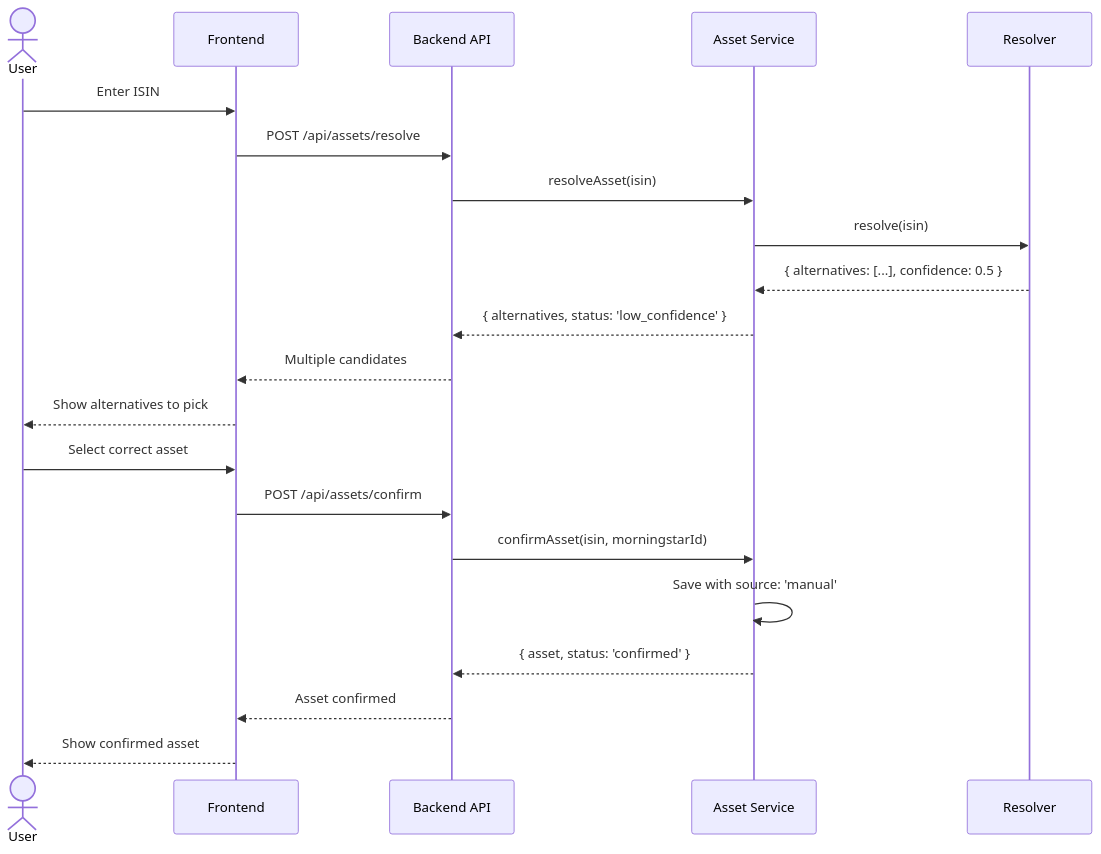
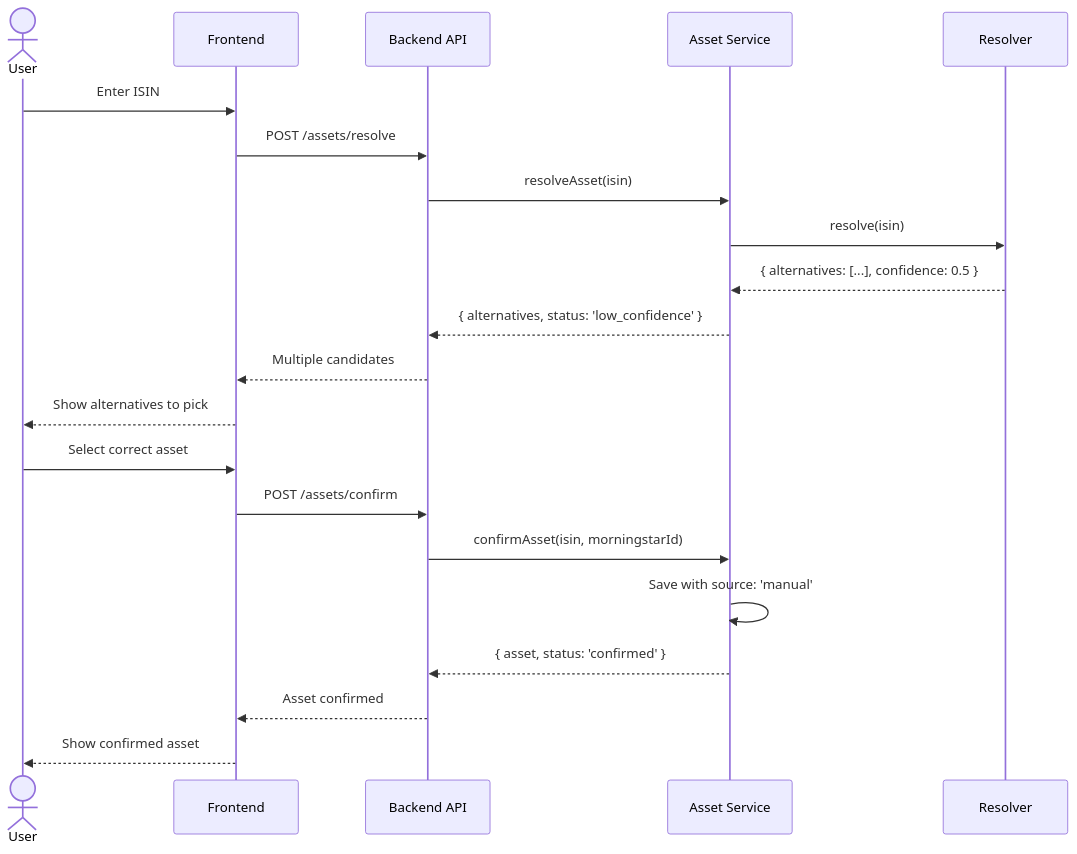
One commit to oscarjorgejorge/portafolio-xray changed the second of 5 diagrams in docs/SEQUENCE-DIAGRAMS.md. Above: the diagram before and after it, drawn with Mermaid. The commit also changed other lines of this file and 7 other files, not shown here.

````diff
--- a/docs/SEQUENCE-DIAGRAMS.md
+++ b/docs/SEQUENCE-DIAGRAMS.md
@@ -60,25 +60,25 @@
 ```mermaid
 sequenceDiagram
     actor User
     participant Frontend as Frontend
     participant API as Backend API
     participant AssetService as Asset Service
     participant Resolver as Resolver
 
     User->>Frontend: Enter ISIN
-    Frontend->>API: POST /api/assets/resolve
+    Frontend->>API: POST /assets/resolve
     API->>AssetService: resolveAsset(isin)
     AssetService->>Resolver: resolve(isin)
     Resolver-->>AssetService: { alternatives: [...], confidence: 0.5 }
     AssetService-->>API: { alternatives, status: 'low_confidence' }
     API-->>Frontend: Multiple candidates
     Frontend-->>User: Show alternatives to pick
 
     User->>Frontend: Select correct asset
-    Frontend->>API: POST /api/assets/confirm
+    Frontend->>API: POST /assets/confirm
     API->>AssetService: confirmAsset(isin, morningstarId)
     AssetService->>AssetService: Save with source: 'manual'
     AssetService-->>API: { asset, status: 'confirmed' }
     API-->>Frontend: Asset confirmed
     Frontend-->>User: Show confirmed asset
 ```
````
